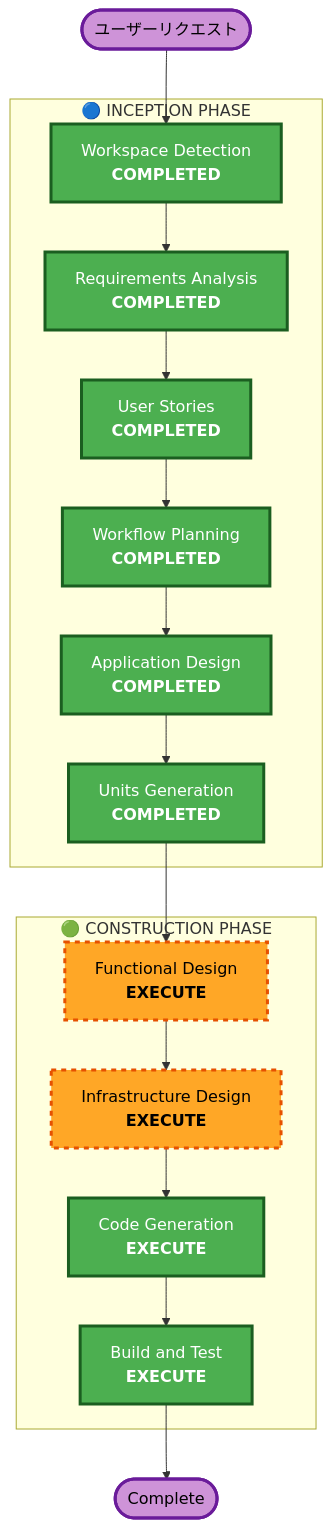
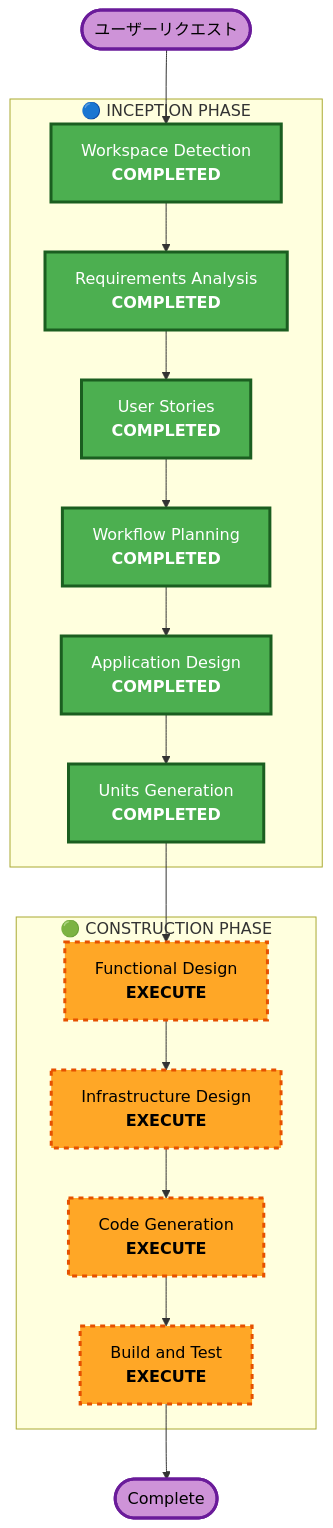
Before and after one commit to fumihirogotonds-art/majisabo: the diagram in aidlc-docs/inception/plans/execution-plan.md, drawn with Mermaid. The commit also changed 4 other files, not shown here.

Commit message:
fix: ストーリー番号整合性修正、Should件数修正、README件数修正、Mermaid図修正

````diff
--- a/aidlc-docs/inception/plans/execution-plan.md
+++ b/aidlc-docs/inception/plans/execution-plan.md
@@ -28,45 +28,45 @@
 ```mermaid
 flowchart TD
     Start(["ユーザーリクエスト"])
     
     subgraph INCEPTION["🔵 INCEPTION PHASE"]
         WD["Workspace Detection<br/><b>COMPLETED</b>"]
         RA["Requirements Analysis<br/><b>COMPLETED</b>"]
         US["User Stories<br/><b>COMPLETED</b>"]
         WP["Workflow Planning<br/><b>COMPLETED</b>"]
         AD["Application Design<br/><b>COMPLETED</b>"]
         UG["Units Generation<br/><b>COMPLETED</b>"]
     end
     
     subgraph CONSTRUCTION["🟢 CONSTRUCTION PHASE"]
         FD["Functional Design<br/><b>EXECUTE</b>"]
         ID["Infrastructure Design<br/><b>EXECUTE</b>"]
         CG["Code Generation<br/><b>EXECUTE</b>"]
         BT["Build and Test<br/><b>EXECUTE</b>"]
     end
     
     Start --> WD
     WD --> RA
     RA --> US
     US --> WP
     WP --> AD
     AD --> UG
     UG --> FD
     FD --> ID
     ID --> CG
     CG --> BT
     BT --> End(["Complete"])
 
     style WD fill:#4CAF50,stroke:#1B5E20,stroke-width:3px,color:#fff
     style RA fill:#4CAF50,stroke:#1B5E20,stroke-width:3px,color:#fff
     style US fill:#4CAF50,stroke:#1B5E20,stroke-width:3px,color:#fff
     style WP fill:#4CAF50,stroke:#1B5E20,stroke-width:3px,color:#fff
     style AD fill:#4CAF50,stroke:#1B5E20,stroke-width:3px,color:#fff
     style UG fill:#4CAF50,stroke:#1B5E20,stroke-width:3px,color:#fff
     style FD fill:#FFA726,stroke:#E65100,stroke-width:3px,stroke-dasharray: 5 5,color:#000
     style ID fill:#FFA726,stroke:#E65100,stroke-width:3px,stroke-dasharray: 5 5,color:#000
-    style CG fill:#4CAF50,stroke:#1B5E20,stroke-width:3px,color:#fff
-    style BT fill:#4CAF50,stroke:#1B5E20,stroke-width:3px,color:#fff
+    style CG fill:#FFA726,stroke:#E65100,stroke-width:3px,stroke-dasharray: 5 5,color:#000
+    style BT fill:#FFA726,stroke:#E65100,stroke-width:3px,stroke-dasharray: 5 5,color:#000
     style Start fill:#CE93D8,stroke:#6A1B9A,stroke-width:3px,color:#000
     style End fill:#CE93D8,stroke:#6A1B9A,stroke-width:3px,color:#000
 ```
````
